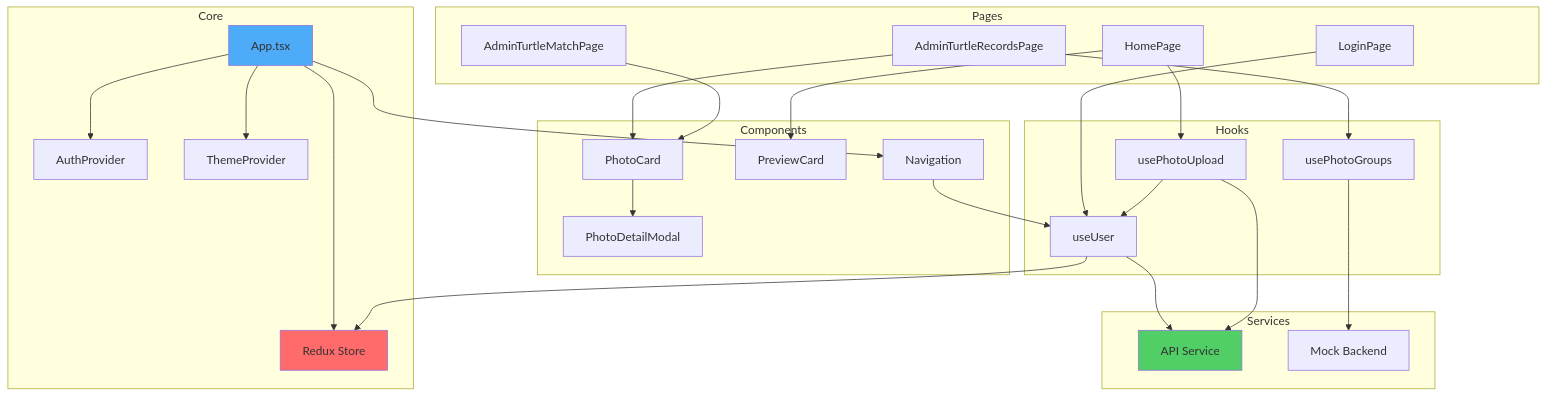
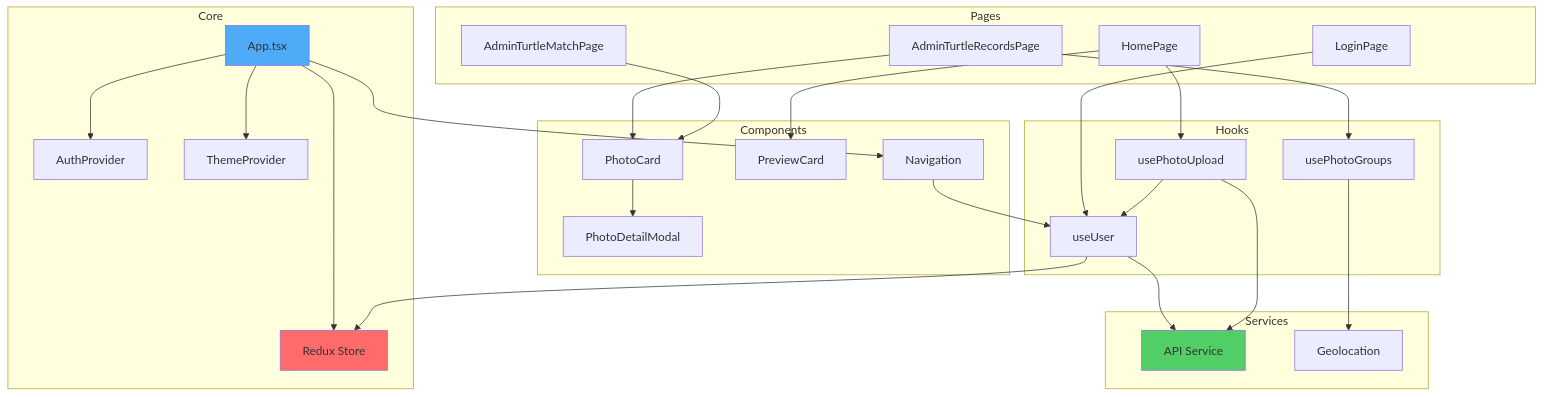
The eighth of 8 diagrams in frontend/docs/DIAGRAMS.md (Lxkasmehl/TurtleProject), drawn with Mermaid before and after one commit. The commit also changed 13 other files, not shown here.

Commit message:
refactor(frontend): remove mockBackend, require location permission before using GPS

````diff
--- a/frontend/docs/DIAGRAMS.md
+++ b/frontend/docs/DIAGRAMS.md
@@ -359,59 +359,59 @@
 ```mermaid
 graph TB
     subgraph "Core"
         A[App.tsx]
         B[AuthProvider]
         C[ThemeProvider]
         D[Redux Store]
     end
     
     subgraph "Pages"
         E[HomePage]
         F[LoginPage]
         G[AdminTurtleRecordsPage]
         H[AdminTurtleMatchPage]
     end
     
     subgraph "Components"
         I[PhotoCard]
         J[PreviewCard]
         K[Navigation]
         L[PhotoDetailModal]
     end
     
     subgraph "Hooks"
         M[useUser]
         N[usePhotoUpload]
         O[usePhotoGroups]
     end
     
     subgraph "Services"
         P[API Service]
-        Q[Mock Backend]
+        Q[Geolocation]
     end
     
     A --> B
     A --> C
     A --> D
     A --> K
     
     E --> N
     E --> J
     F --> M
     G --> I
     G --> O
     H --> I
     
     I --> L
     K --> M
     
     M --> D
     M --> P
     N --> M
     N --> P
     O --> Q
     
     style A fill:#4dabf7
     style D fill:#ff6b6b
     style P fill:#51cf66
 ```
````
